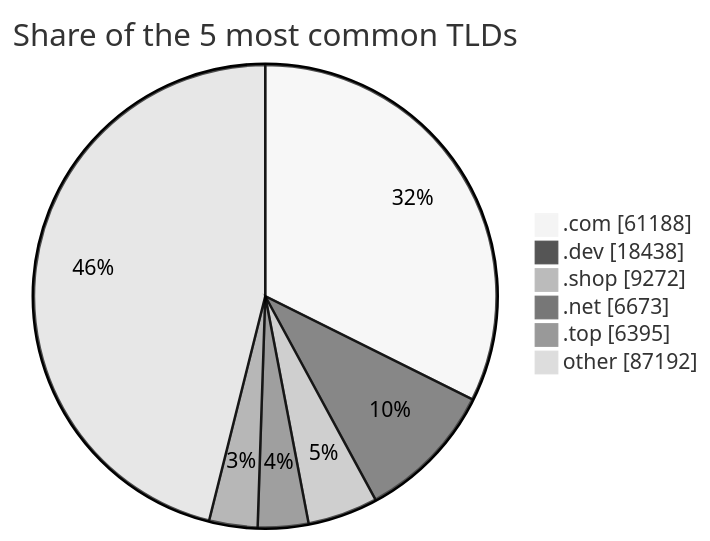
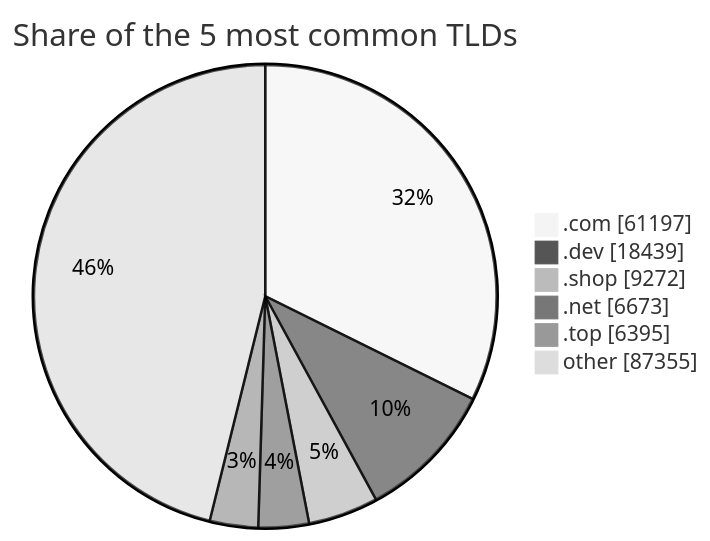
One commit to DNSBunker/CTI changed the third of 3 diagrams in README.md. Above: the diagram before and after it, drawn with Mermaid (neutral theme). The commit also changed other lines of this file and 3 other files, not shown here.

````diff
--- a/README.md
+++ b/README.md
@@ -81,9 +81,9 @@
 ```mermaid
 pie showData title Share of the 5 most common TLDs
-    ".com" : 61188
-    ".dev" : 18438
+    ".com" : 61197
+    ".dev" : 18439
     ".shop" : 9272
     ".net" : 6673
     ".top" : 6395
-    "other" : 87192
+    "other" : 87355
 ```
````
